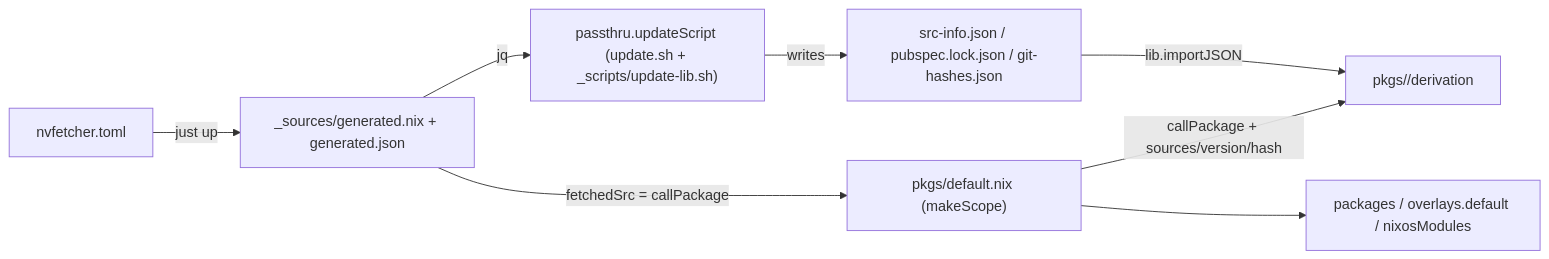
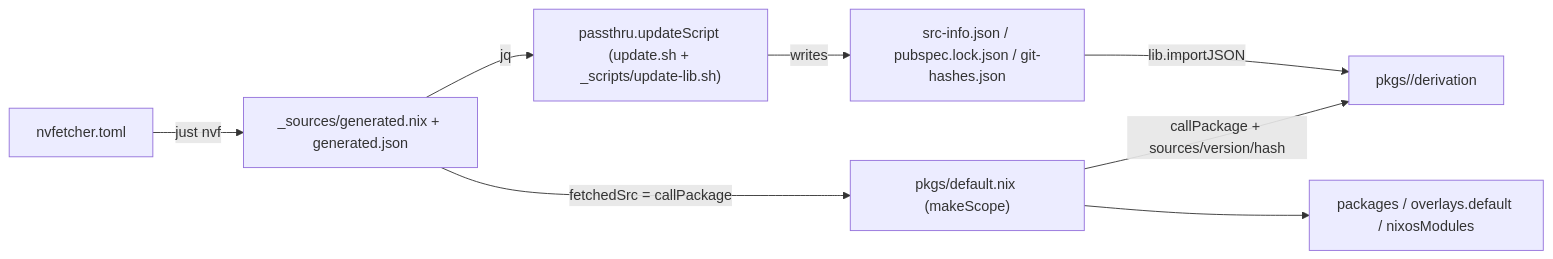
Before and after one commit to ccicnce113424/nix-packages: the diagram in AGENTS.md, drawn with Mermaid. The commit also changed other lines of this file and 5 other files, not shown here.

````diff
--- a/AGENTS.md
+++ b/AGENTS.md
@@ -18,10 +18,10 @@
 ```mermaid
 flowchart LR
-  toml["nvfetcher.toml"] -->|"just up"| gen["_sources/generated.nix + generated.json"]
+  toml["nvfetcher.toml"] -->|"just nvf"| gen["_sources/generated.nix + generated.json"]
   gen -->|"fetchedSrc = callPackage"| scope["pkgs/default.nix (makeScope)"]
   scope -->|"callPackage + sources/version/hash"| pkg["pkgs/<name>/derivation"]
   gen -->|"jq"| upd["passthru.updateScript (update.sh + _scripts/update-lib.sh)"]
   upd -->|"writes"| json["src-info.json / pubspec.lock.json / git-hashes.json"]
   json -->|"lib.importJSON"| pkg
   scope --> out["packages / overlays.default / nixosModules"]
 ```
````
